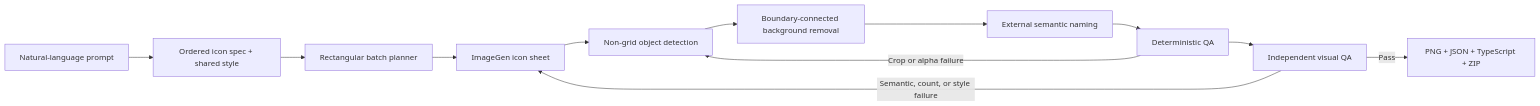
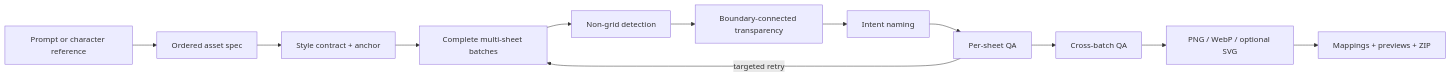
One commit to Signal-M/prompt-to-icon-pack changed the diagram in README.md. Above: the diagram before and after it, drawn with Mermaid. The commit also changed other lines of this file and 36 other files, not shown here.

Commit message:
feat: expand into Prompt to Asset Pack

````diff
--- a/README.md
+++ b/README.md
@@ -73,14 +94,14 @@
 ```mermaid
 flowchart LR
-    A["Natural-language prompt"] --> B["Ordered icon spec + shared style"]
-    B --> C["Rectangular batch planner"]
-    C --> D["ImageGen icon sheet"]
-    D --> E["Non-grid object detection"]
-    E --> F["Boundary-connected background removal"]
-    F --> G["External semantic naming"]
-    G --> H["Deterministic QA"]
-    H --> I["Independent visual QA"]
-    I -->|Pass| J["PNG + JSON + TypeScript + ZIP"]
-    H -->|Crop or alpha failure| E
-    I -->|Semantic, count, or style failure| D
+    A["Prompt or character reference"] --> B["Ordered asset spec"]
+    B --> C["Style contract + anchor"]
+    C --> D["Complete multi-sheet batches"]
+    D --> E["Non-grid detection"]
+    E --> F["Boundary-connected transparency"]
+    F --> G["Intent naming"]
+    G --> H["Per-sheet QA"]
+    H --> I["Cross-batch QA"]
+    I --> J["PNG / WebP / optional SVG"]
+    J --> K["Mappings + previews + ZIP"]
+    H -->|targeted retry| D
 ```
````
